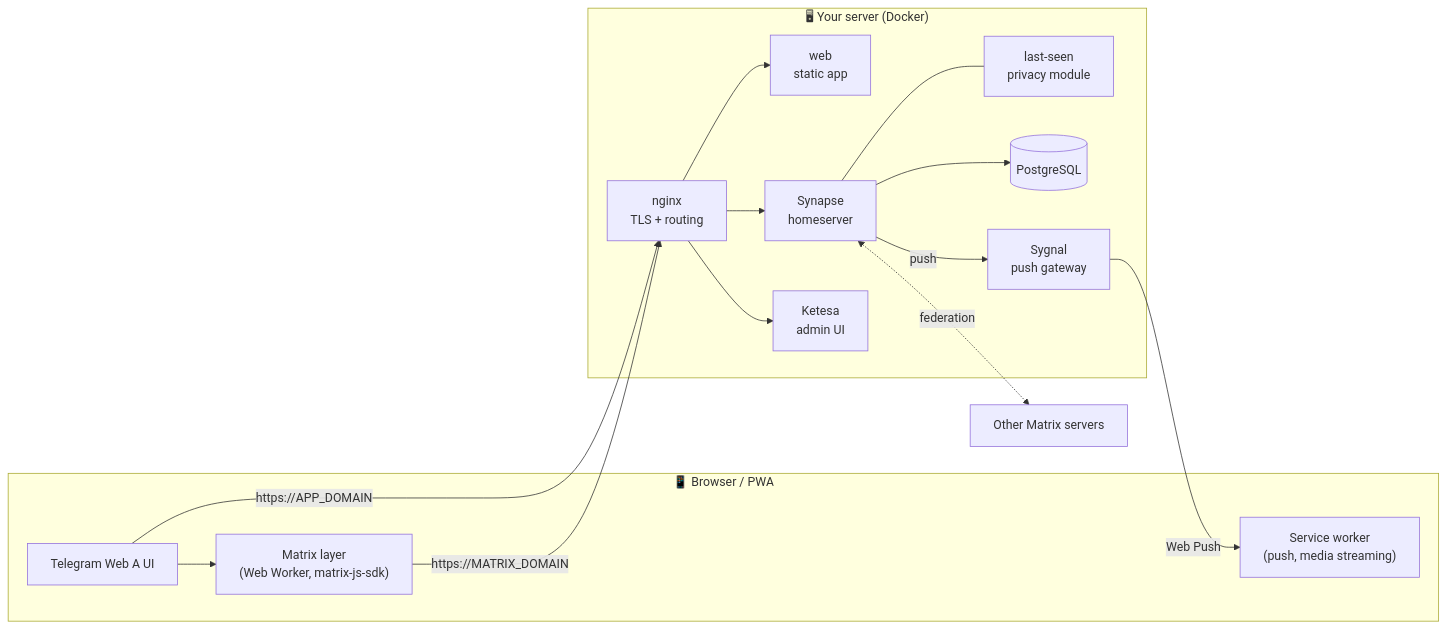
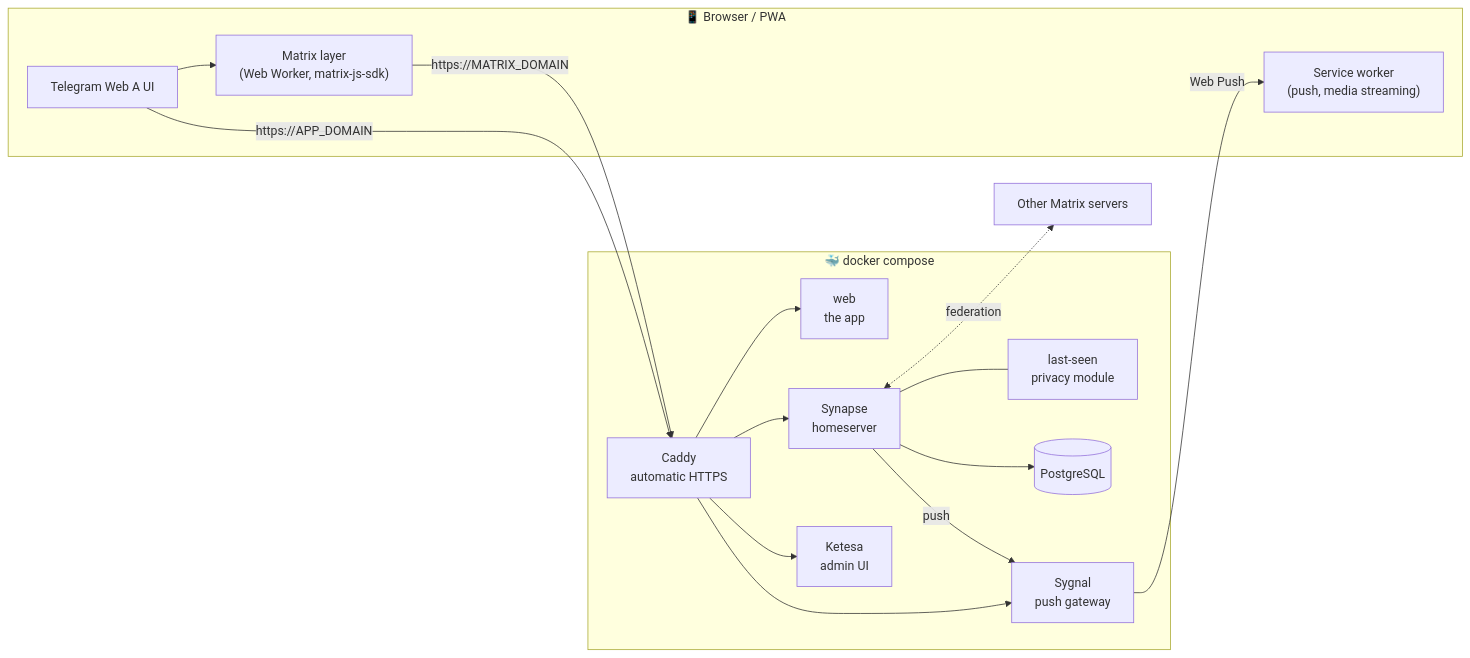
Before and after one commit to Amin-tvk/tele-matrix: the diagram in README.md, drawn with Mermaid. The commit also changed other lines of this file and 18 other files, not shown here.

First line of the commit message:
Run the whole stack with one docker compose command

````diff
--- a/README.md
+++ b/README.md
@@ -59,28 +59,29 @@
 ```mermaid
 flowchart LR
     subgraph Browser["📱 Browser / PWA"]
         UI["Telegram Web A UI"] --> ML["Matrix layer<br/>(Web Worker, matrix-js-sdk)"]
         SW["Service worker<br/>(push, media streaming)"]
     end
 
-    subgraph Server["🖥 Your server (Docker)"]
-        NG["nginx<br/>TLS + routing"]
-        WEB["web<br/>static app"]
+    subgraph Server["🐳 docker compose"]
+        CAD["Caddy<br/>automatic HTTPS"]
+        WEB["web<br/>the app"]
         SYN["Synapse<br/>homeserver"]
         MOD["last-seen<br/>privacy module"]
         PG[("PostgreSQL")]
         SYG["Sygnal<br/>push gateway"]
         KET["Ketesa<br/>admin UI"]
     end
 
-    UI -- "https://APP_DOMAIN" --> NG
-    ML -- "https://MATRIX_DOMAIN" --> NG
-    NG --> WEB
-    NG --> SYN
-    NG --> KET
+    UI -- "https://APP_DOMAIN" --> CAD
+    ML -- "https://MATRIX_DOMAIN" --> CAD
+    CAD --> WEB
+    CAD --> SYN
+    CAD --> KET
+    CAD --> SYG
     SYN --- MOD
     SYN --> PG
     SYN -- "push" --> SYG
     SYG -- "Web Push" --> SW
     SYN <-. "federation" .-> OTHER["Other Matrix servers"]
 ```
````
